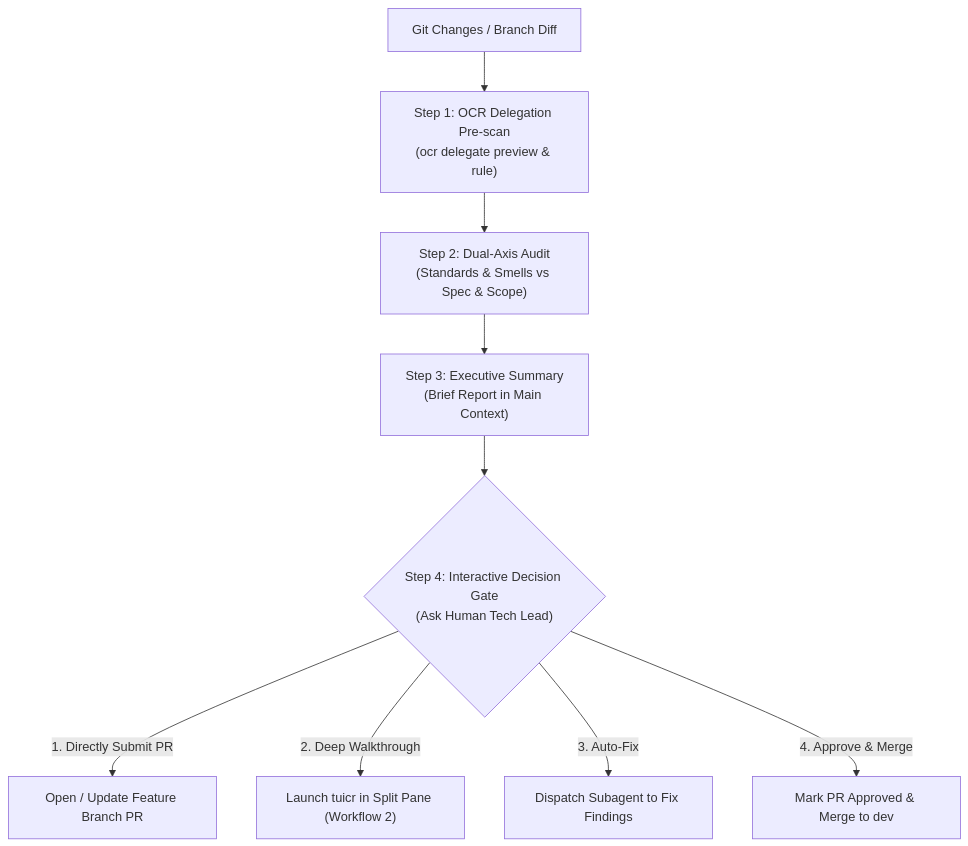
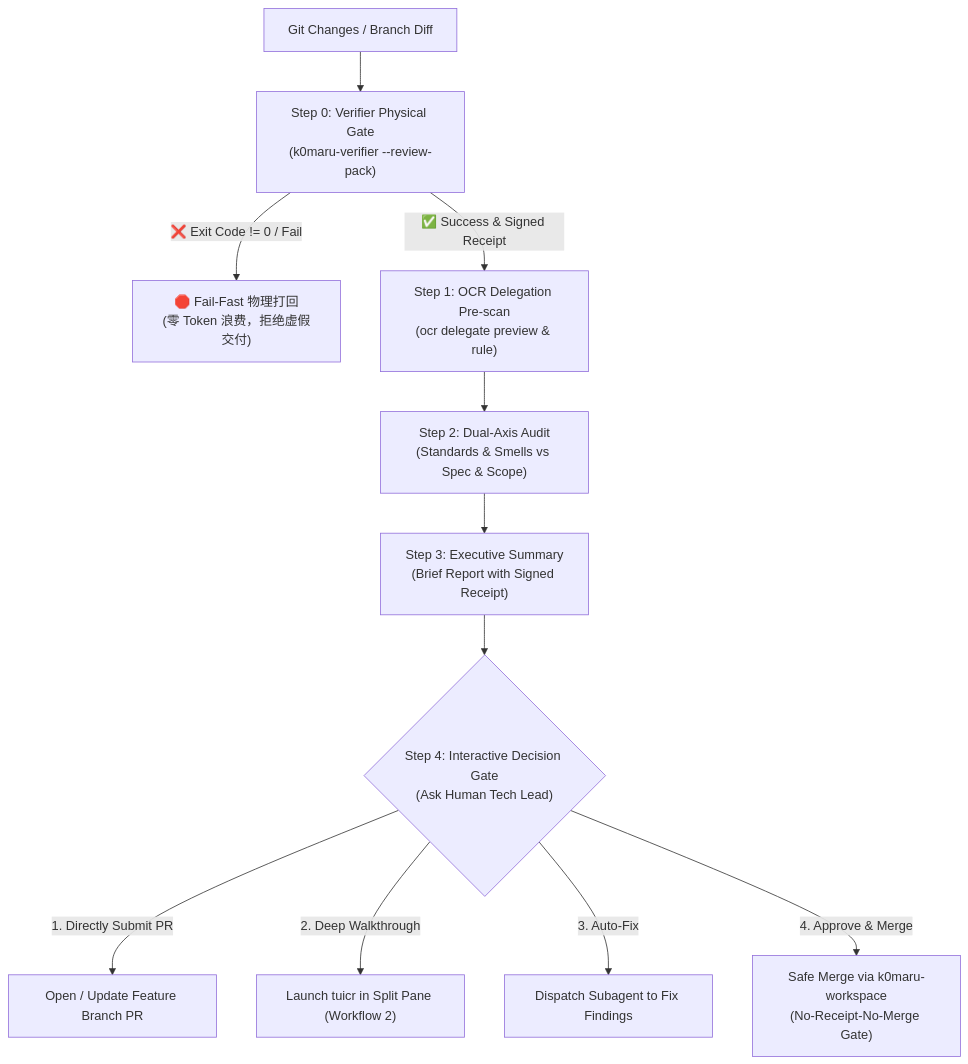
Before and after one commit to K0maru/k0maru-skills: the diagram in core/code-review/SKILL.md, drawn with Mermaid. The commit also changed other lines of this file, not shown here.

Commit message:
feat(code-review): add Step 0 Verifier Physical Gate and No-Receipt-No-Merge integration

````diff
--- a/core/code-review/SKILL.md
+++ b/core/code-review/SKILL.md
@@ -21,12 +21,14 @@
 ```mermaid
 flowchart TD
-    Diff["Git Changes / Branch Diff"] --> OCR_Delegate["Step 1: OCR Delegation Pre-scan<br/>(ocr delegate preview & rule)"]
+    Diff["Git Changes / Branch Diff"] --> Verifier_Gate["Step 0: Verifier Physical Gate<br/>(k0maru-verifier --review-pack)"]
+    Verifier_Gate -- "❌ Exit Code != 0 / Fail" --> FastReject["🛑 Fail-Fast 物理打回<br/>(零 Token 浪费，拒绝虚假交付)"]
+    Verifier_Gate -- "✅ Success & Signed Receipt" --> OCR_Delegate["Step 1: OCR Delegation Pre-scan<br/>(ocr delegate preview & rule)"]
     OCR_Delegate --> DualAudit["Step 2: Dual-Axis Audit<br/>(Standards & Smells vs Spec & Scope)"]
-    DualAudit --> ExecSummary["Step 3: Executive Summary<br/>(Brief Report in Main Context)"]
+    DualAudit --> ExecSummary["Step 3: Executive Summary<br/>(Brief Report with Signed Receipt)"]
     ExecSummary --> DecisionGate{"Step 4: Interactive Decision Gate<br/>(Ask Human Tech Lead)"}
 
     DecisionGate -->|"1. Directly Submit PR"| SubmitPR["Open / Update Feature Branch PR"]
     DecisionGate -->|"2. Deep Walkthrough"| LaunchTuicr["Launch tuicr in Split Pane (Workflow 2)"]
     DecisionGate -->|"3. Auto-Fix"| AutoFix["Dispatch Subagent to Fix Findings"]
-    DecisionGate -->|"4. Approve & Merge"| MergePR["Mark PR Approved & Merge to dev"]
+    DecisionGate -->|"4. Approve & Merge"| MergePR["Safe Merge via k0maru-workspace<br/>(No-Receipt-No-Merge Gate)"]
 ```
````
